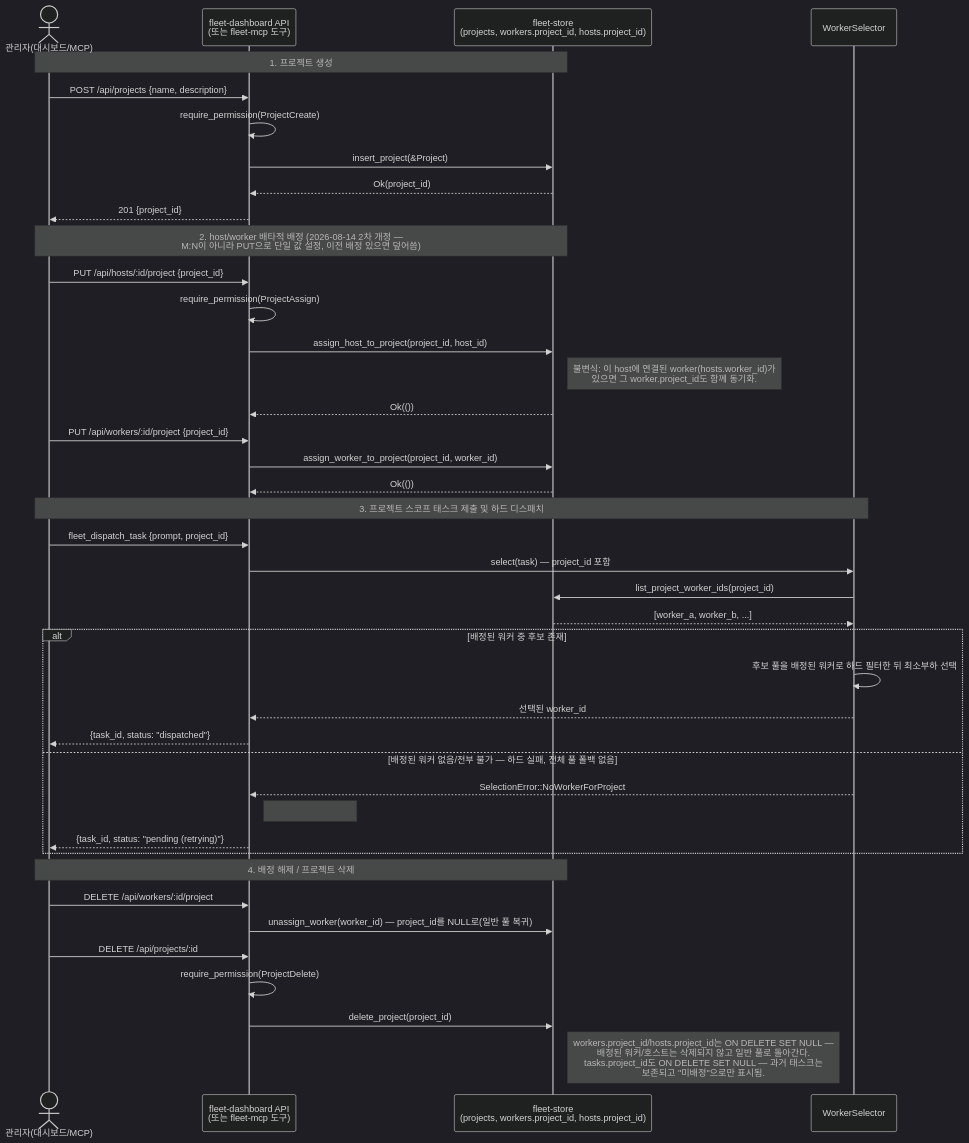
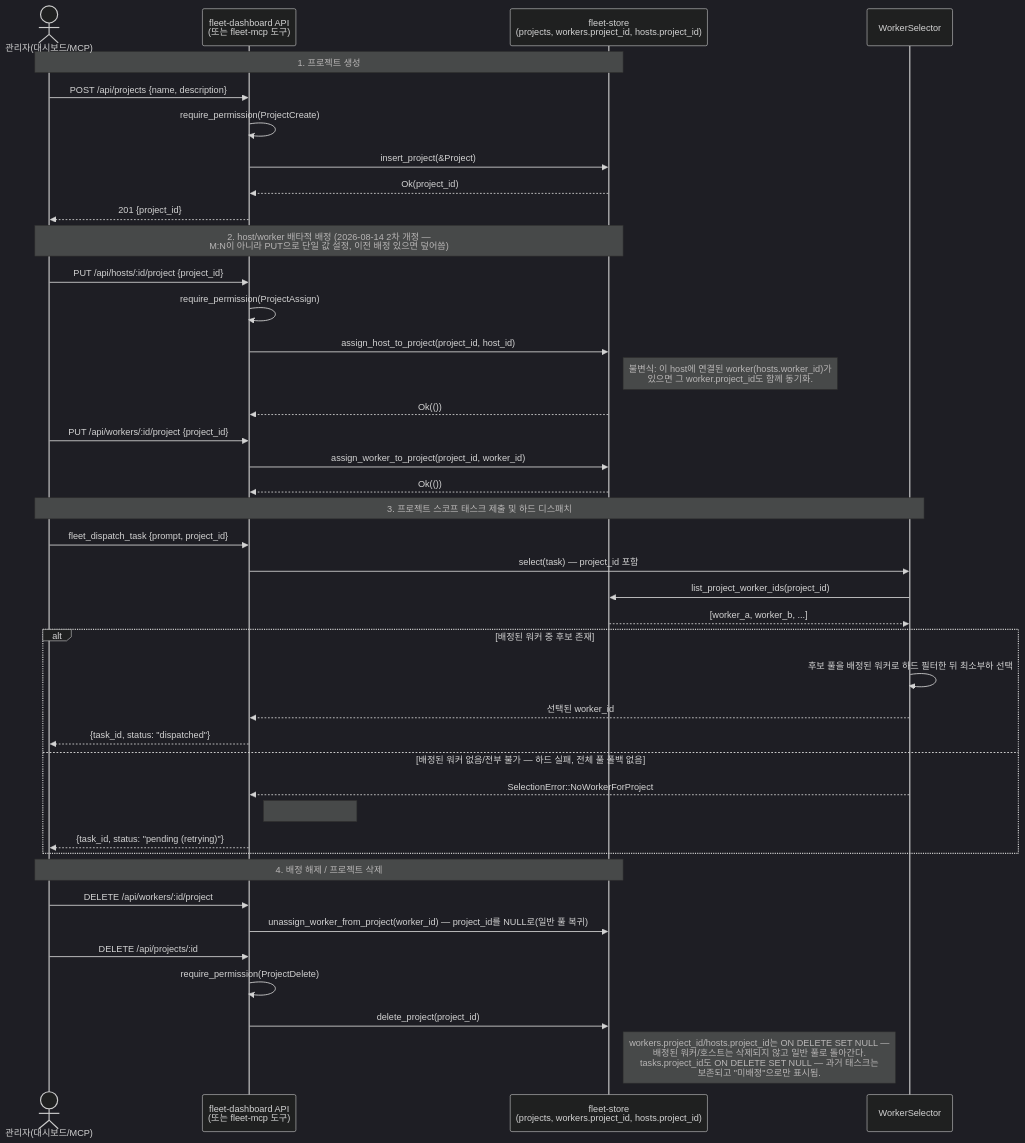
Before and after one commit to yarang/grok-fleet-orchestrator: the diagram in docs/assets/diagrams/architecture/project-assignment-lifecycle.mermaid, drawn with Mermaid (dark theme). The commit also changed 5 other files, not shown here.

First line of the commit message:
docs(architecture): re-review #48/#49 design docs before implementation

```diff
--- a/docs/assets/diagrams/architecture/project-assignment-lifecycle.mermaid
+++ b/docs/assets/diagrams/architecture/project-assignment-lifecycle.mermaid
@@ -1,45 +1,45 @@
 sequenceDiagram
     actor Admin as 관리자(대시보드/MCP)
     participant API as fleet-dashboard API<br/>(또는 fleet-mcp 도구)
     participant Store as fleet-store<br/>(projects, workers.project_id, hosts.project_id)
     participant Sel as WorkerSelector
 
     Note over Admin,Store: 1. 프로젝트 생성
     Admin->>API: POST /api/projects {name, description}
     API->>API: require_permission(ProjectCreate)
     API->>Store: insert_project(&Project)
     Store-->>API: Ok(project_id)
     API-->>Admin: 201 {project_id}
 
     Note over Admin,Store: 2. host/worker 배타적 배정 (2026-08-14 2차 개정 —<br/>M:N이 아니라 PUT으로 단일 값 설정, 이전 배정 있으면 덮어씀)
     Admin->>API: PUT /api/hosts/:id/project {project_id}
     API->>API: require_permission(ProjectAssign)
     API->>Store: assign_host_to_project(project_id, host_id)
     Note right of Store: 불변식: 이 host에 연결된 worker(hosts.worker_id)가<br/>있으면 그 worker.project_id도 함께 동기화.
     Store-->>API: Ok(())
     Admin->>API: PUT /api/workers/:id/project {project_id}
     API->>Store: assign_worker_to_project(project_id, worker_id)
     Store-->>API: Ok(())
 
     Note over Admin,Sel: 3. 프로젝트 스코프 태스크 제출 및 하드 디스패치
     Admin->>API: fleet_dispatch_task {prompt, project_id}
     API->>Sel: select(task) — project_id 포함
     Sel->>Store: list_project_worker_ids(project_id)
     Store-->>Sel: [worker_a, worker_b, ...]
     alt 배정된 워커 중 후보 존재
         Sel->>Sel: 후보 풀을 배정된 워커로 하드 필터한 뒤 최소부하 선택
         Sel-->>API: 선택된 worker_id
         API-->>Admin: {task_id, status: "dispatched"}
     else 배정된 워커 없음/전부 불가 — 하드 실패, 전체 풀 폴백 없음
         Sel-->>API: SelectionError::NoWorkerForProject
         Note right of API: #38의 기존 WorkerUnavailable 재시도 경로 재사용 —<br/>새 메커니즘 없음. 재시도 활성이면 Pending 유지.
         API-->>Admin: {task_id, status: "pending (retrying)"}
     end
 
     Note over Admin,Store: 4. 배정 해제 / 프로젝트 삭제
     Admin->>API: DELETE /api/workers/:id/project
-    API->>Store: unassign_worker(worker_id) — project_id를 NULL로(일반 풀 복귀)
+    API->>Store: unassign_worker_from_project(worker_id) — project_id를 NULL로(일반 풀 복귀)
     Admin->>API: DELETE /api/projects/:id
     API->>API: require_permission(ProjectDelete)
     API->>Store: delete_project(project_id)
     Note right of Store: workers.project_id/hosts.project_id는 ON DELETE SET NULL —<br/>배정된 워커/호스트는 삭제되지 않고 일반 풀로 돌아간다.<br/>tasks.project_id도 ON DELETE SET NULL — 과거 태스크는<br/>보존되고 "미배정"으로만 표시됨.
```
